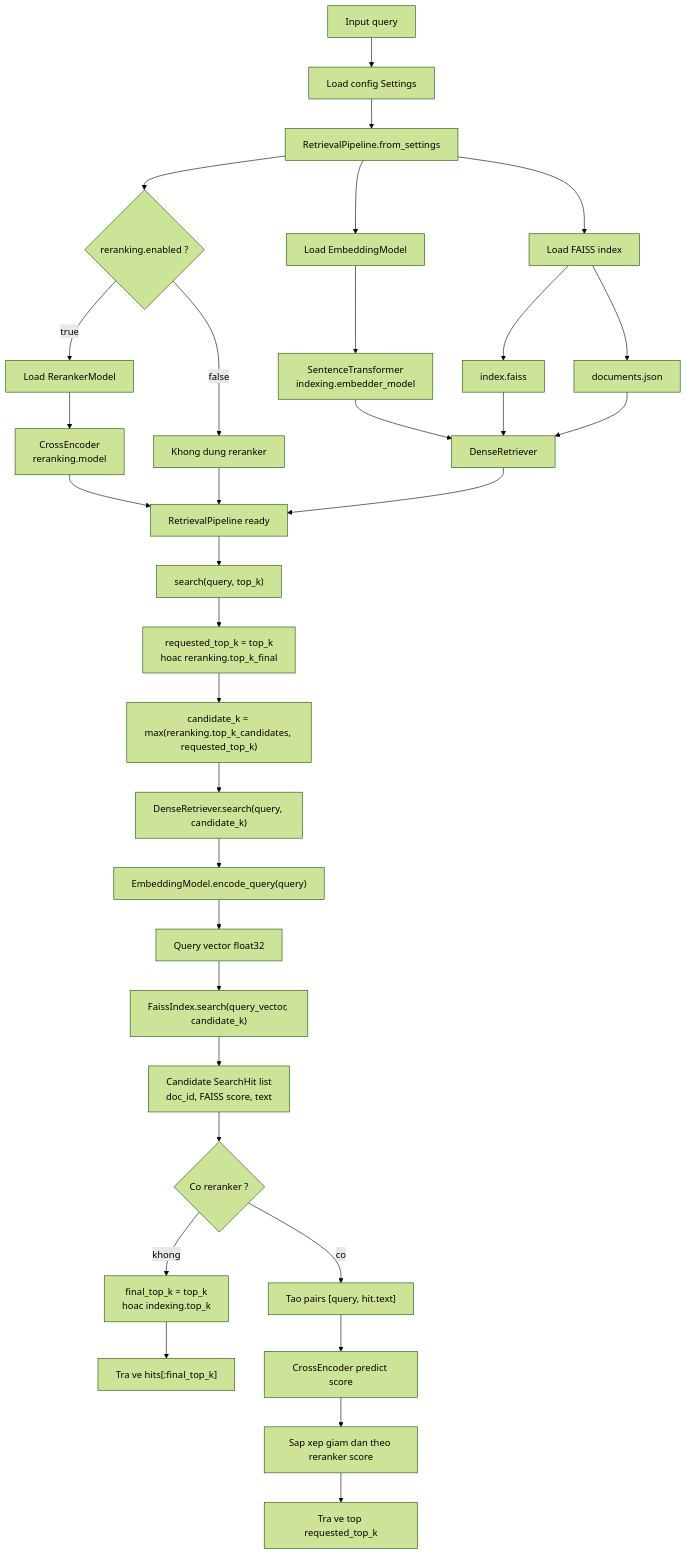
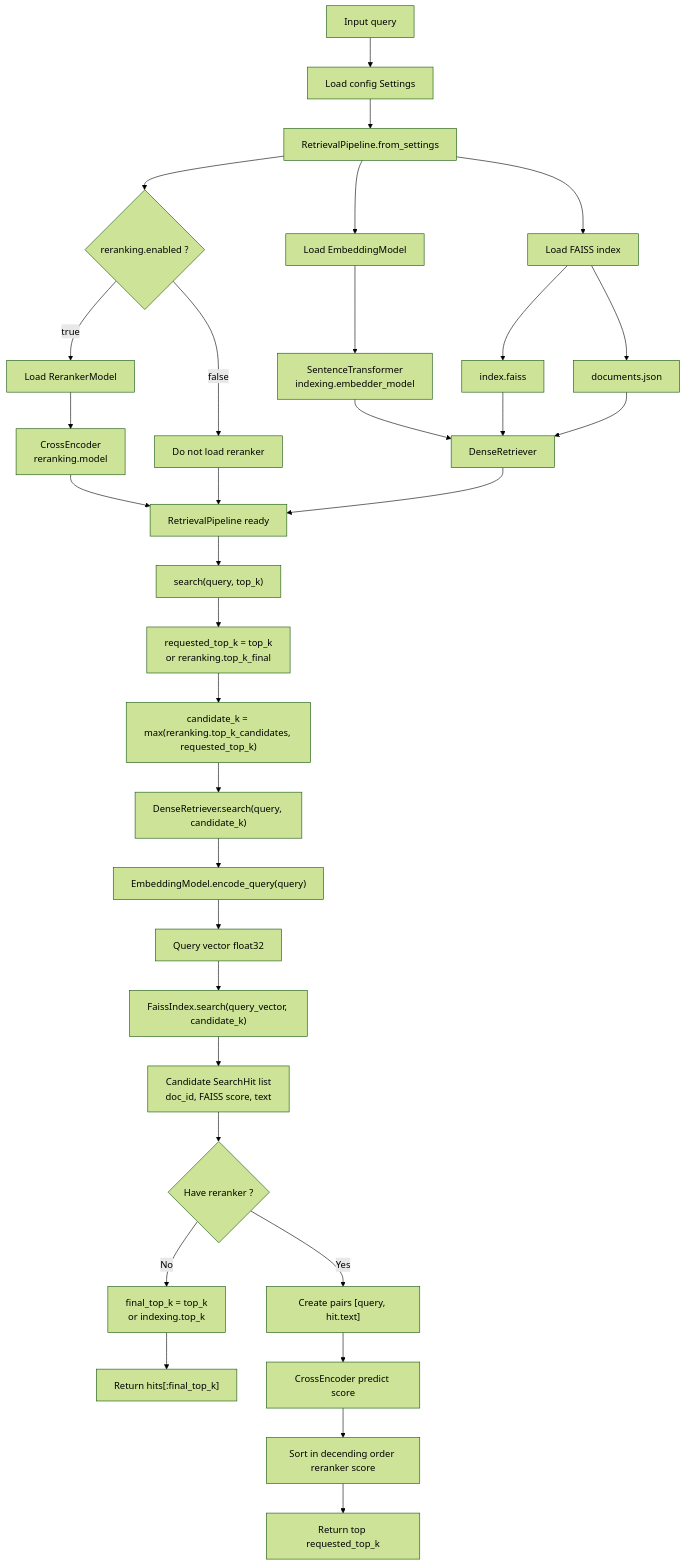
Before and after one commit to tonicuti/cranfield_retriever_reranker: the diagram in README.md, drawn with Mermaid (forest theme). The commit also changed other lines of this file and 3 other files, not shown here.

````diff
--- a/README.md
+++ b/README.md
@@ -10,42 +10,42 @@
 ```mermaid
 flowchart TD
     A["Input query"] --> B["Load config Settings"]
     B --> C["RetrievalPipeline.from_settings"]
 
     C --> D["Load EmbeddingModel"]
     D --> D1["SentenceTransformer<br/>indexing.embedder_model"]
 
     C --> E["Load FAISS index"]
     E --> E1["index.faiss"]
     E --> E2["documents.json"]
 
     C --> F{"reranking.enabled ?"}
     F -->|true| G["Load RerankerModel"]
     G --> G1["CrossEncoder<br/>reranking.model"]
-    F -->|false| H["Khong dung reranker"]
+    F -->|false| H["Do not load reranker"]
 
     D1 --> I["DenseRetriever"]
     E1 --> I
     E2 --> I
     G1 --> J["RetrievalPipeline ready"]
     H --> J
     I --> J
 
     J --> K["search(query, top_k)"]
-    K --> L["requested_top_k = top_k<br/>hoac reranking.top_k_final"]
+    K --> L["requested_top_k = top_k<br/>or reranking.top_k_final"]
     L --> M["candidate_k = max(reranking.top_k_candidates, requested_top_k)"]
     M --> N["DenseRetriever.search(query, candidate_k)"]
     N --> O["EmbeddingModel.encode_query(query)"]
     O --> P["Query vector float32"]
     P --> Q["FaissIndex.search(query_vector, candidate_k)"]
     Q --> R["Candidate SearchHit list<br/>doc_id, FAISS score, text"]
 
-    R --> S{"Co reranker ?"}
-    S -->|khong| T["final_top_k = top_k<br/>hoac indexing.top_k"]
-    T --> U["Tra ve hits[:final_top_k]"]
+    R --> S{"Have reranker ?"}
+    S -->|No| T["final_top_k = top_k<br/>or indexing.top_k"]
+    T --> U["Return hits[:final_top_k]"]
 
-    S -->|co| V["Tao pairs [query, hit.text]"]
+    S -->|Yes| V["Create pairs [query, hit.text]"]
     V --> W["CrossEncoder predict score"]
-    W --> X["Sap xep giam dan theo reranker score"]
-    X --> Y["Tra ve top requested_top_k"]
+    W --> X["Sort in decending order reranker score"]
+    X --> Y["Return top requested_top_k"]
 ```
````
